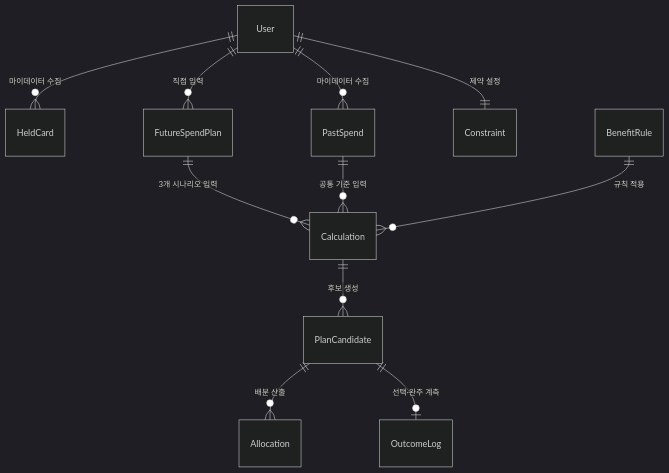
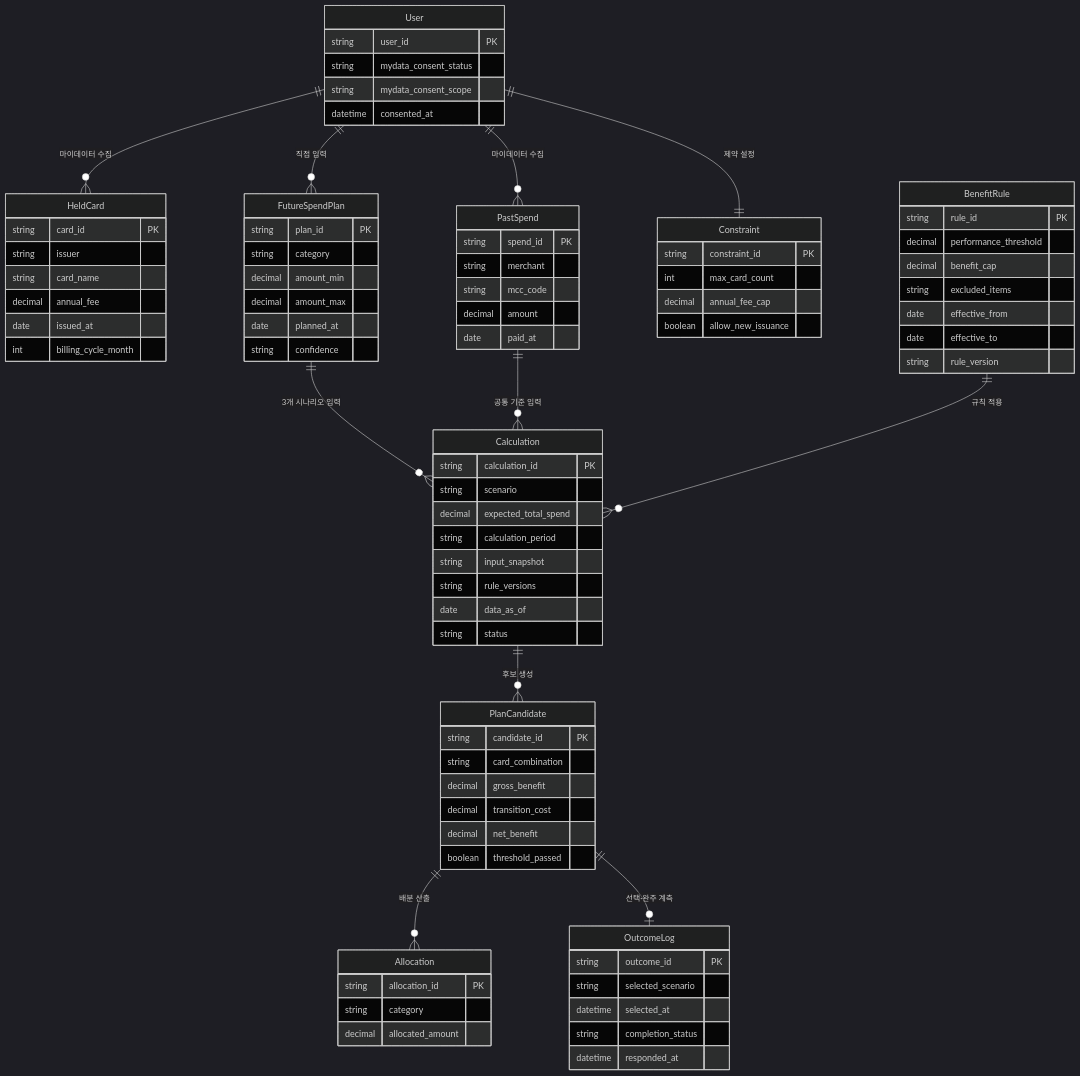
Before and after one commit to jennie-brain/CardFit-prd-to-srs: the second of 3 diagrams in PRD_CardFit_v1.0.md, drawn with Mermaid (dark theme). The commit also changed other lines of this file and 2 other files, not shown here.

Commit message:
docs: align PRD diagrams with scenario model

````diff
--- a/PRD_CardFit_v1.0.md
+++ b/PRD_CardFit_v1.0.md
@@ -269,5 +270,79 @@
 ```mermaid
 erDiagram
+    User {
+        string user_id PK
+        string mydata_consent_status
+        string mydata_consent_scope
+        datetime consented_at
+    }
+    HeldCard {
+        string card_id PK
+        string issuer
+        string card_name
+        decimal annual_fee
+        date issued_at
+        int billing_cycle_month
+    }
+    PastSpend {
+        string spend_id PK
+        string merchant
+        string mcc_code
+        decimal amount
+        date paid_at
+    }
+    FutureSpendPlan {
+        string plan_id PK
+        string category
+        decimal amount_min
+        decimal amount_max
+        date planned_at
+        string confidence
+    }
+    Constraint {
+        string constraint_id PK
+        int max_card_count
+        decimal annual_fee_cap
+        boolean allow_new_issuance
+    }
+    BenefitRule {
+        string rule_id PK
+        decimal performance_threshold
+        decimal benefit_cap
+        string excluded_items
+        date effective_from
+        date effective_to
+        string rule_version
+    }
+    Calculation {
+        string calculation_id PK
+        string scenario
+        decimal expected_total_spend
+        string calculation_period
+        string input_snapshot
+        string rule_versions
+        date data_as_of
+        string status
+    }
+    PlanCandidate {
+        string candidate_id PK
+        string card_combination
+        decimal gross_benefit
+        decimal transition_cost
+        decimal net_benefit
+        boolean threshold_passed
+    }
+    Allocation {
+        string allocation_id PK
+        string category
+        decimal allocated_amount
+    }
+    OutcomeLog {
+        string outcome_id PK
+        string selected_scenario
+        datetime selected_at
+        string completion_status
+        datetime responded_at
+    }
     User ||--o{ HeldCard : "마이데이터 수집"
     User ||--o{ PastSpend : "마이데이터 수집"
     User ||--o{ FutureSpendPlan : "직접 입력"
````
